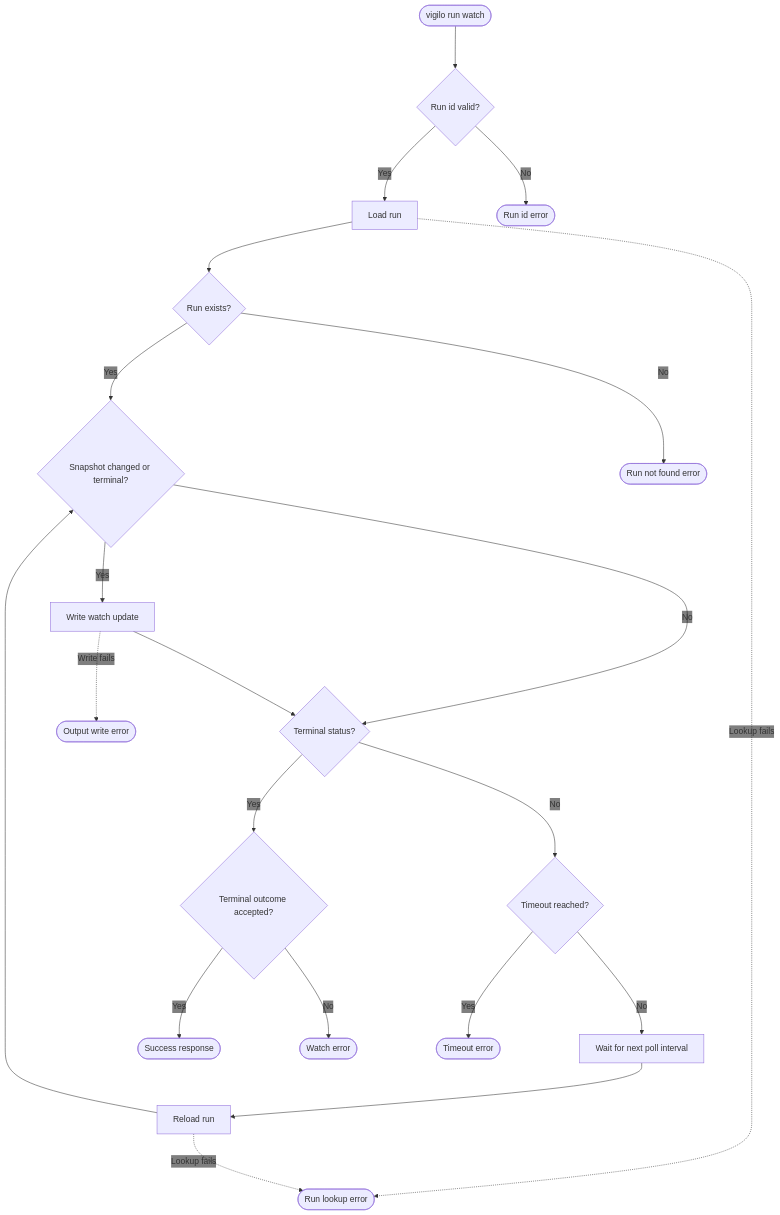
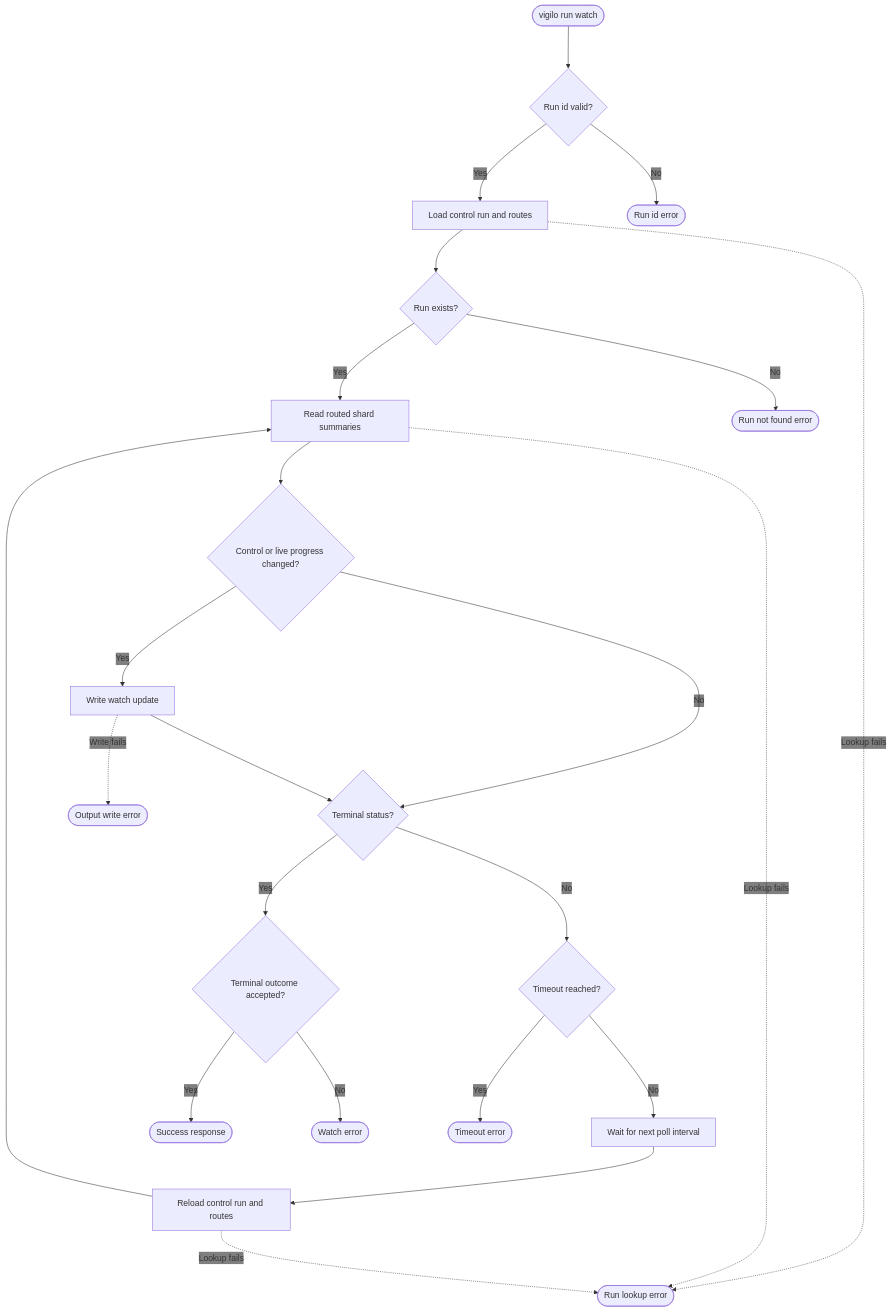
Before and after one commit to gregl83/agent-vigilo: the diagram in web/docs/architecture/flows/run/watch/decision-flow.mmd, drawn with Mermaid. The commit also changed 17 other files, not shown here.

Commit message:
fix run cancellation for shard routing

```diff
--- a/web/docs/architecture/flows/run/watch/decision-flow.mmd
+++ b/web/docs/architecture/flows/run/watch/decision-flow.mmd
@@ -1,65 +1,69 @@
 ---
 config:
   flowchart:
     nodeSpacing: 150
     rankSpacing: 80
   themeVariables:
     edgeLabelBackground: 'transparent'
 ---
 flowchart TD
     Start([vigilo run watch])
 
     RunId{Run id valid?}
-    LoadRun[Load run]
+    LoadRun[Load control run and routes]
     Found{Run exists?}
-    Emit{Snapshot changed or terminal?}
+    Summaries[Read routed shard summaries]
+    Emit{Control or live progress changed?}
     Write[Write watch update]
     Terminal{Terminal status?}
     Outcome{Terminal outcome accepted?}
     Deadline{Timeout reached?}
     Wait[Wait for next poll interval]
-    Reload[Reload run]
+    Reload[Reload control run and routes]
 
     Success([Success response])
 
     RunIdFail([Run id error])
     NotFoundFail([Run not found error])
     OutputFail([Output write error])
     TerminalFail([Watch error])
     TimeoutFail([Timeout error])
     ReloadFail([Run lookup error])
 
     Start --> RunId
 
     RunId -- No --> RunIdFail
     RunId -- Yes --> LoadRun
 
     LoadRun --> Found
     LoadRun -. Lookup fails .-> ReloadFail
 
     Found -- No --> NotFoundFail
-    Found -- Yes --> Emit
+    Found -- Yes --> Summaries
+
+    Summaries --> Emit
+    Summaries -. Lookup fails .-> ReloadFail
 
     Emit -- Yes --> Write
     Emit -- No --> Terminal
 
     Write --> Terminal
     Write -. Write fails .-> OutputFail
 
     Terminal -- Yes --> Outcome
     Terminal -- No --> Deadline
 
     Outcome -- Yes --> Success
     Outcome -- No --> TerminalFail
 
     Deadline -- Yes --> TimeoutFail
     Deadline -- No --> Wait
 
     Wait --> Reload
-    Reload --> Emit
+    Reload --> Summaries
     Reload -. Lookup fails .-> ReloadFail
 
     class Start command
     class Success success
-    class RunId,LoadRun,Found,Emit,Write,Terminal,Outcome,Deadline,Wait,Reload system
+    class RunId,LoadRun,Found,Summaries,Emit,Write,Terminal,Outcome,Deadline,Wait,Reload system
     class RunIdFail,NotFoundFail,OutputFail,TerminalFail,TimeoutFail,ReloadFail error
```
